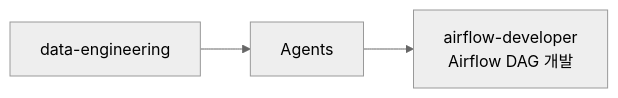
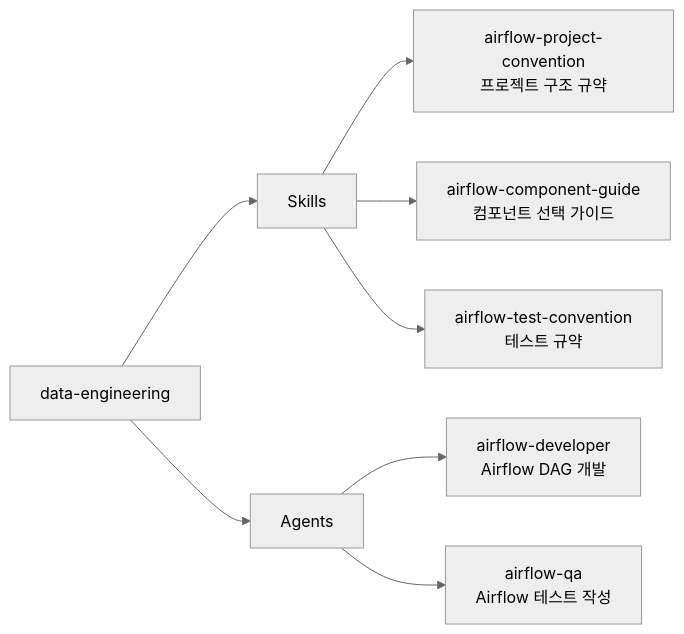
Before and after one commit to iamhoonse-dev/hoonse-claude-plugins: the diagram in plugins/data-engineering/README.md, drawn with Mermaid (neutral theme). The commit also changed other lines of this file and 3 other files, not shown here.

First line of the commit message:
fix(data-engineering): PR #38 Copilot 2차 리뷰 피드백 반영

````diff
--- a/plugins/data-engineering/README.md
+++ b/plugins/data-engineering/README.md
@@ -7,6 +7,12 @@
 ```mermaid
 graph LR
-    A[data-engineering] --> B[Agents]
+    A[data-engineering] --> B[Skills]
+    A --> C[Agents]
 
-    B --> B1[airflow-developer<br/>Airflow DAG 개발]
+    B --> B1[airflow-project-convention<br/>프로젝트 구조 규약]
+    B --> B2[airflow-component-guide<br/>컴포넌트 선택 가이드]
+    B --> B3[airflow-test-convention<br/>테스트 규약]
+
+    C --> C1[airflow-developer<br/>Airflow DAG 개발]
+    C --> C2[airflow-qa<br/>Airflow 테스트 작성]
 ```
````
